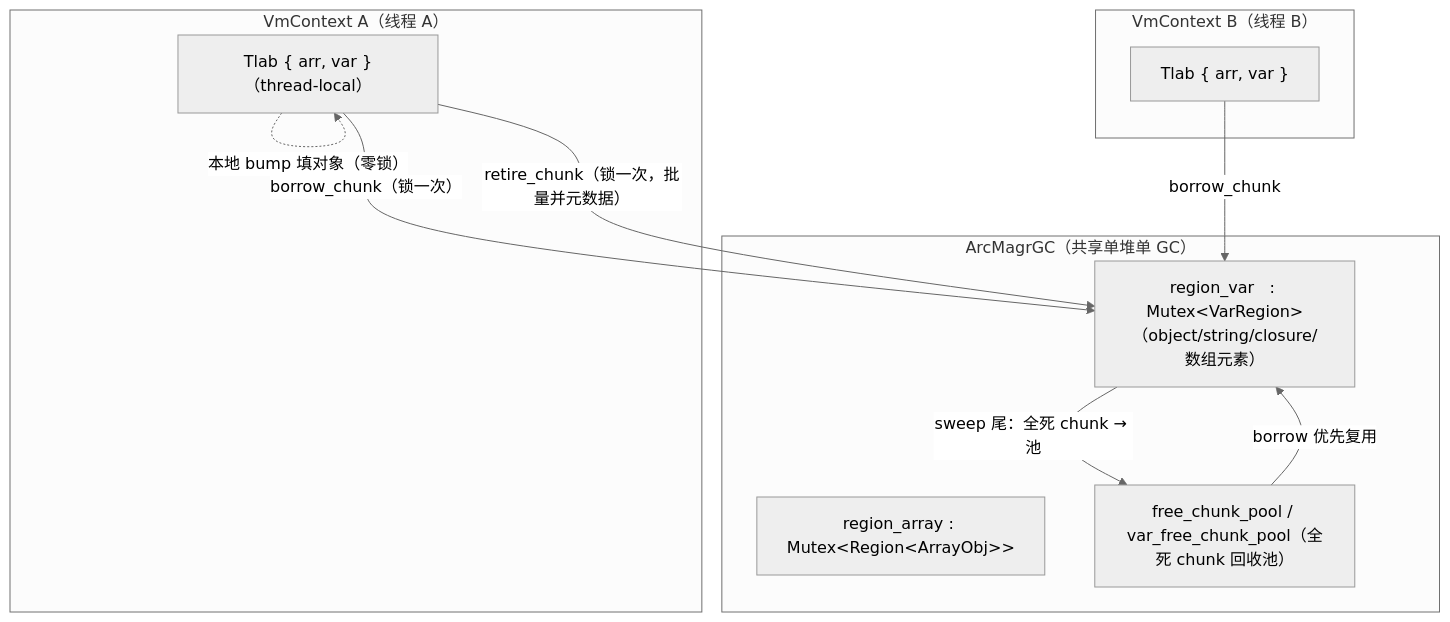
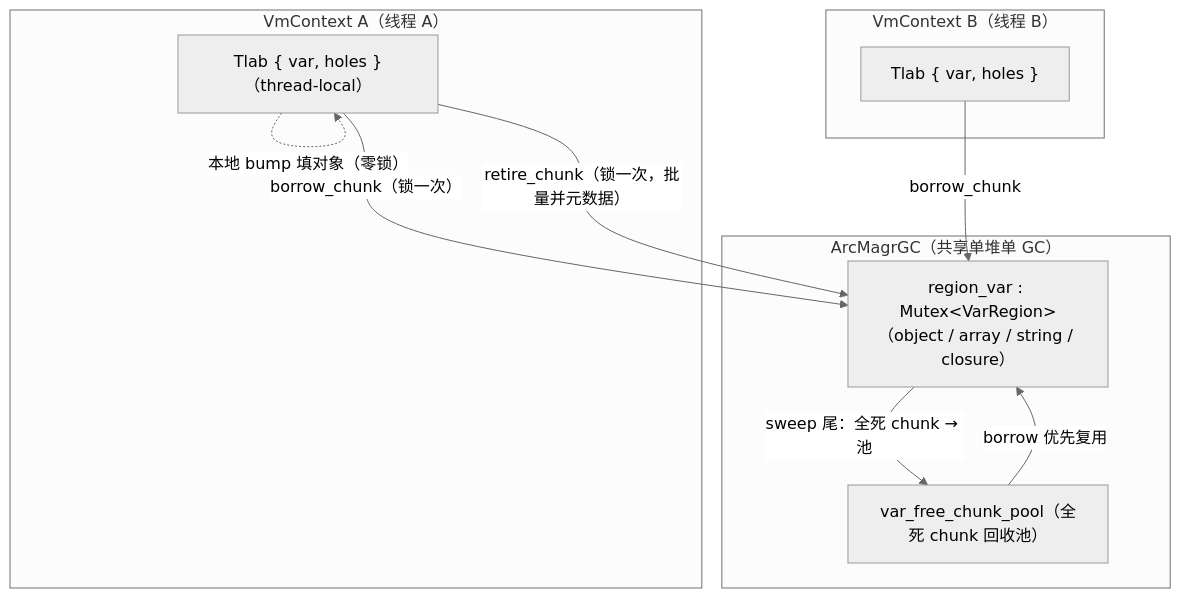
One commit to z42-lang/z42 changed the first of 2 diagrams in docs/internals/src/runtime/gc-tlab.md. Above: the diagram before and after it, drawn with Mermaid (neutral theme). The commit also changed other lines of this file and 138 other files, not shown here.

````diff
--- a/docs/internals/src/runtime/gc-tlab.md
+++ b/docs/internals/src/runtime/gc-tlab.md
@@ -22,20 +22,19 @@
 ```mermaid
 flowchart TB
   subgraph Heap["ArcMagrGC（共享单堆单 GC）"]
-    RA["region_array : Mutex&lt;Region&lt;ArrayObj&gt;&gt;"]
-    RV["region_var   : Mutex&lt;VarRegion&gt;（object/string/closure/数组元素）"]
-    POOL["free_chunk_pool / var_free_chunk_pool（全死 chunk 回收池）"]
+    RV["region_var : Mutex&lt;VarRegion&gt;（object / array / string / closure）"]
+    POOL["var_free_chunk_pool（全死 chunk 回收池）"]
   end
   subgraph A["VmContext A（线程 A）"]
-    TA["Tlab { arr, var }（thread-local）"]
+    TA["Tlab { var, holes }（thread-local）"]
   end
   subgraph B["VmContext B（线程 B）"]
-    TB["Tlab { arr, var }"]
+    TB["Tlab { var, holes }"]
   end
   TA -- "borrow_chunk（锁一次）" --> RV
   TA -. "本地 bump 填对象（零锁）" .-> TA
   TA -- "retire_chunk（锁一次，批量并元数据）" --> RV
   TB -- "borrow_chunk" --> RV
   RV -- "sweep 尾：全死 chunk → 池" --> POOL
   POOL -- "borrow 优先复用" --> RV
 ```
````
